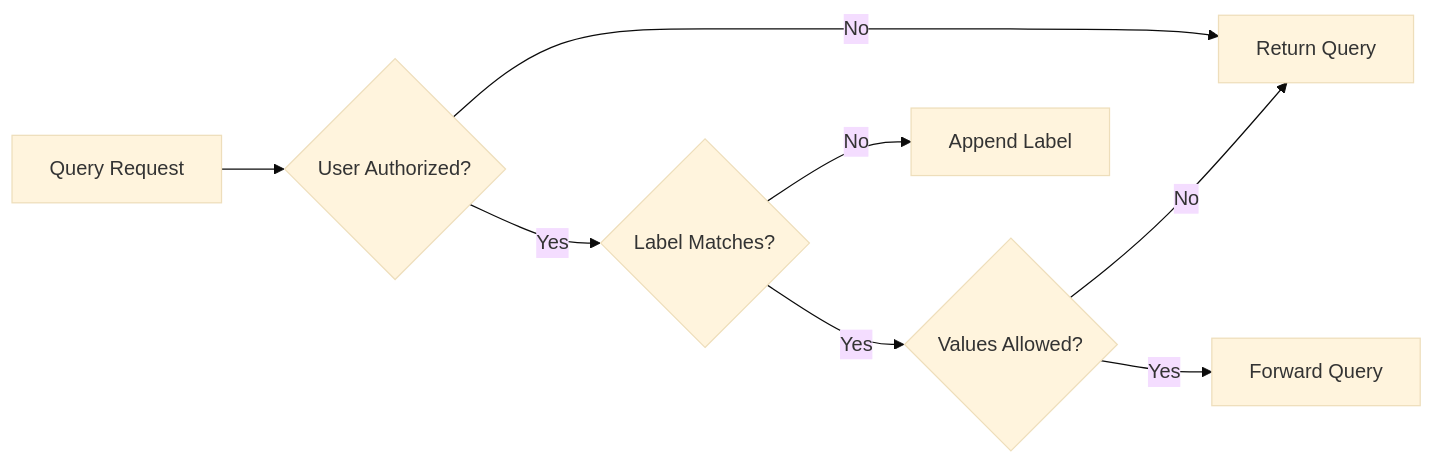
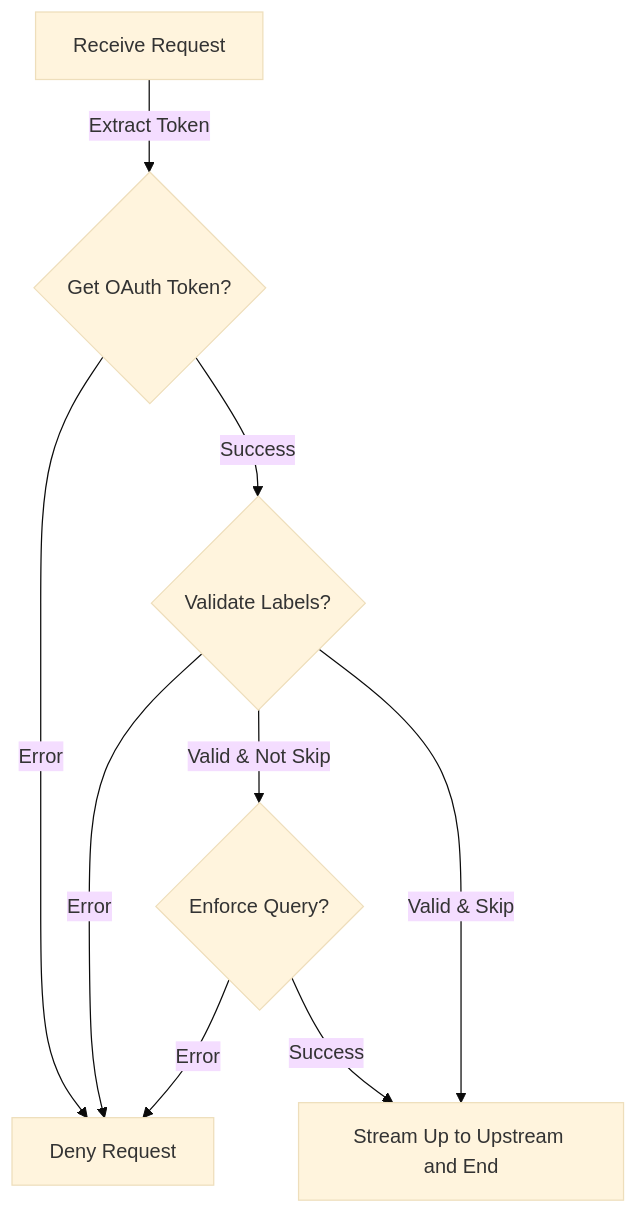
Before and after one commit to gepaplexx/multena-proxy: the first of 2 diagrams in README.MD, drawn with Mermaid (base theme). The commit also changed other lines of this file and 24 other files, not shown here.

````diff
--- a/README.MD
+++ b/README.MD
@@ -27,18 +28,12 @@
 ```mermaid
-graph LR
-    A[Query Request]
-    B{User Authorized?}
-    C{Label Matches?}
-    D{Values Allowed?}
-    E[Append Label]
-    F[Return Query]
-    G[Forward Query]
-    
-    A --> B
-    B -- No --> F
-    B -- Yes --> C
-    C -- No --> E
-    C -- Yes --> D
-    D -- No --> F
-    D -- Yes --> G
+graph TD
+    A[Receive Request] -->|Extract Token| B{Get OAuth Token?}
+    B -->|Error| E[Deny Request]
+    D -->|Error| E
+    D -->|Valid & Not Skip| G{Enforce Query?}
+    D -->|Valid & Skip| F[Stream Up to Upstream and End]
+    B -->|Success| D{Validate Labels?}
+    G -->|Error| E
+    G -->|Success| F
+
 ```
````
